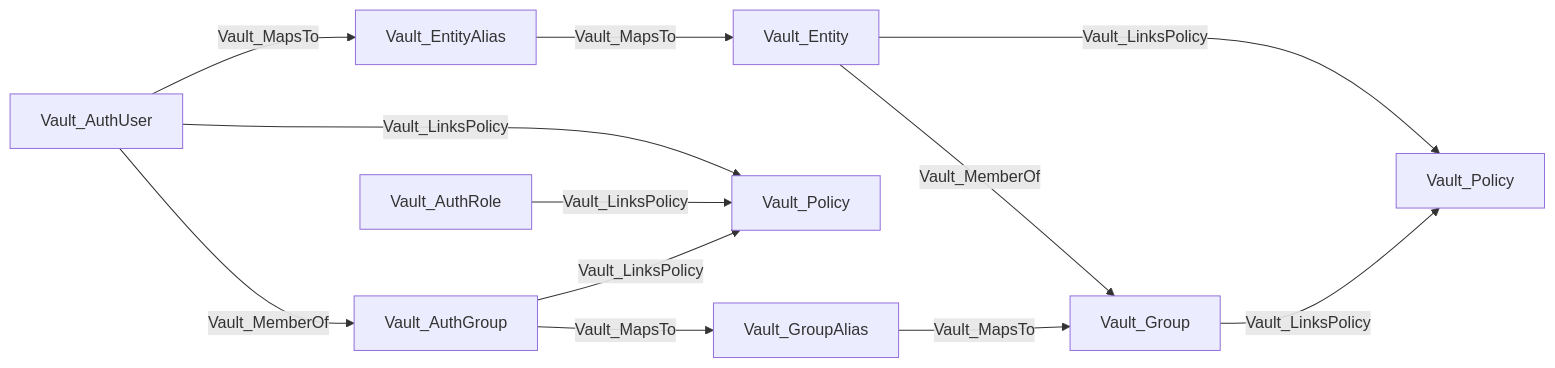
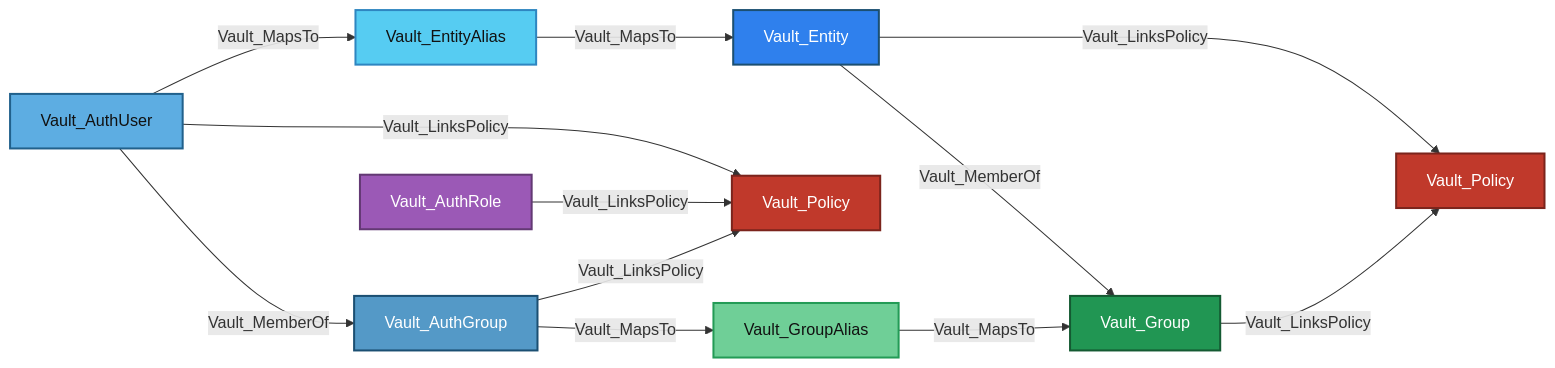
Before and after one commit to bytewreck/opengraph-vault: the third of 28 diagrams in Documentation/stores/AUTH.md, drawn with Mermaid. The commit also changed other lines of this file, not shown here.

````diff
--- a/Documentation/stores/AUTH.md
+++ b/Documentation/stores/AUTH.md
@@ -141,14 +153,23 @@
 ```mermaid
 flowchart LR
-    AU[Vault_AuthUser] -->|Vault_MapsTo| EA[Vault_EntityAlias]
-    EA -->|Vault_MapsTo| VE[Vault_Entity]
-    AU -->|Vault_LinksPolicy| P1[Vault_Policy]
-    AR[Vault_AuthRole] -->|Vault_LinksPolicy| P1
-    AG[Vault_AuthGroup] -->|Vault_MapsTo| GA[Vault_GroupAlias]
-    VE -->|Vault_MemberOf| VG[Vault_Group]
+    AU[Vault_AuthUser]:::authUserNode -->|Vault_MapsTo| EA[Vault_EntityAlias]:::entityAliasNode
+    EA -->|Vault_MapsTo| VE[Vault_Entity]:::entityNode
+    AU -->|Vault_LinksPolicy| P1[Vault_Policy]:::policyNode
+    AR[Vault_AuthRole]:::authRoleNode -->|Vault_LinksPolicy| P1
+    AG[Vault_AuthGroup]:::authGroupNode -->|Vault_MapsTo| GA[Vault_GroupAlias]:::groupAliasNode
+    VE -->|Vault_MemberOf| VG[Vault_Group]:::groupNode
     GA -->|Vault_MapsTo| VG
     AG -->|Vault_LinksPolicy| P1
-    VE -->|Vault_LinksPolicy| P2[Vault_Policy]
+    VE -->|Vault_LinksPolicy| P2[Vault_Policy]:::policyNode
     VG -->|Vault_LinksPolicy| P2
     AU -->|Vault_MemberOf| AG
+
+    classDef authRoleNode fill:#9B59B6,color:#fff,stroke:#633974,stroke-width:2px
+    classDef authUserNode fill:#5DADE2,color:#111,stroke:#21618C,stroke-width:2px
+    classDef authGroupNode fill:#5499C7,color:#fff,stroke:#1B4F72,stroke-width:2px
+    classDef entityNode fill:#2F80ED,color:#fff,stroke:#1B4F72,stroke-width:2px
+    classDef entityAliasNode fill:#56CCF2,color:#111,stroke:#2E86C1,stroke-width:2px
+    classDef groupNode fill:#219653,color:#fff,stroke:#145A32,stroke-width:2px
+    classDef groupAliasNode fill:#6FCF97,color:#111,stroke:#239B56,stroke-width:2px
+    classDef policyNode fill:#C0392B,color:#fff,stroke:#7B241C,stroke-width:2px
 ```
````
